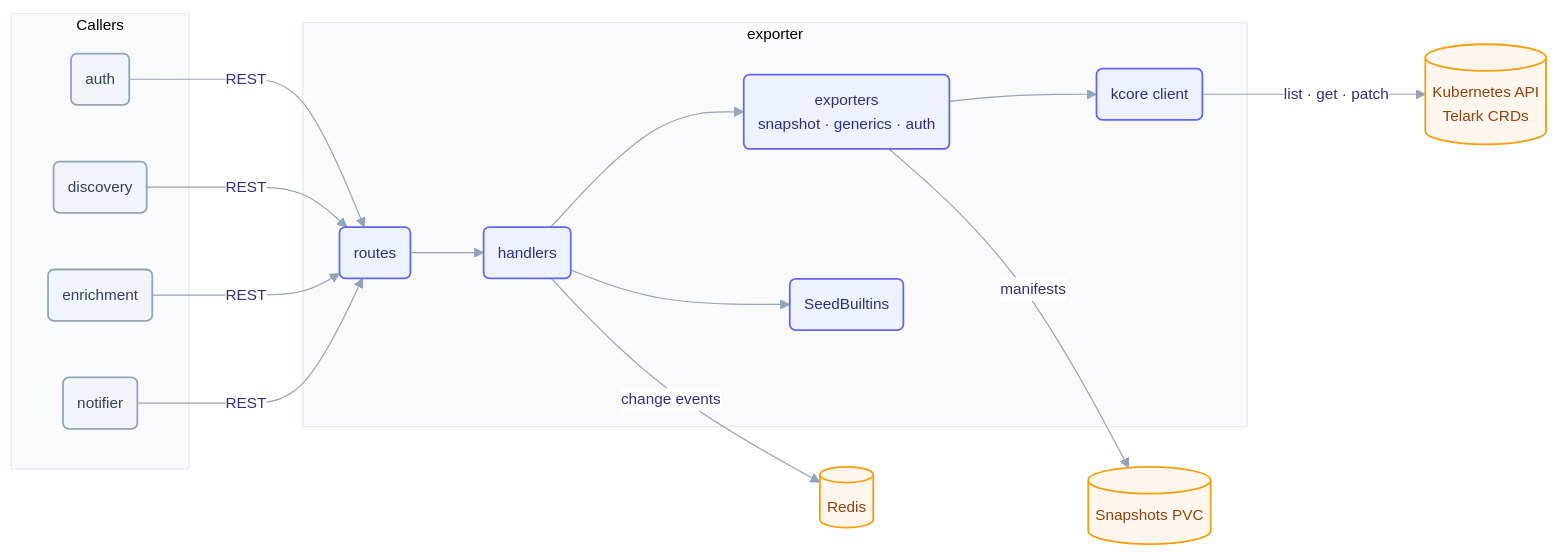
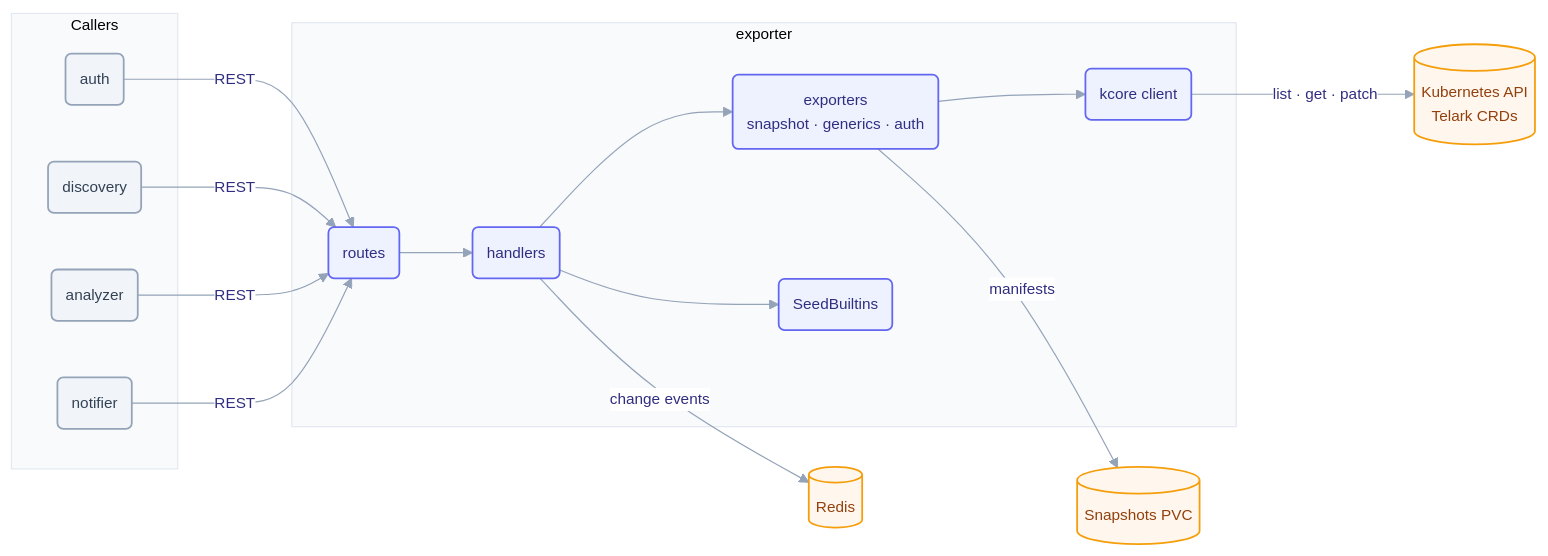
Before and after one commit to telark/telark: the diagram in services/exporter/README.md, drawn with Mermaid. The commit also changed other lines of this file and 777 other files, not shown here.

````diff
--- a/services/exporter/README.md
+++ b/services/exporter/README.md
@@ -10,33 +10,33 @@
 ```mermaid
 %%{init: {"theme":"base","themeVariables":{"fontFamily":"ui-sans-serif, system-ui, -apple-system, Segoe UI, Roboto, sans-serif","fontSize":"13px","lineColor":"#94a3b8","primaryColor":"#eef2ff","primaryBorderColor":"#6366f1","primaryTextColor":"#312e81","edgeLabelBackground":"#ffffff","clusterBkg":"#f8fafc","clusterBorder":"#e2e8f0"},"flowchart":{"curve":"basis","htmlLabels":true,"nodeSpacing":48,"rankSpacing":62,"padding":12}}}%%
 flowchart LR
   subgraph peers["Callers"]
     AUTH(auth)
     DISC(discovery)
-    ENR(enrichment)
+    ANA(analyzer)
     NTF(notifier)
   end
 
   subgraph exporter["exporter"]
     RT(routes) --> H(handlers)
     H --> EX("exporters<br/>snapshot · generics · auth")
     H --> SEED(SeedBuiltins)
     EX --> KC(kcore client)
   end
 
   K8S[("Kubernetes API<br/>Telark CRDs")]
   PVC[("Snapshots PVC")]
   REDIS[("Redis")]
 
-  AUTH & DISC & ENR & NTF -->|REST| RT
+  AUTH & DISC & ANA & NTF -->|REST| RT
   KC -->|list · get · patch| K8S
   EX -->|manifests| PVC
   H -->|change events| REDIS
 
   classDef svc fill:#eef2ff,stroke:#6366f1,stroke-width:1.5px,color:#312e81;
   classDef store fill:#fff7ed,stroke:#f59e0b,stroke-width:1.5px,color:#92400e;
   classDef peer fill:#f1f5f9,stroke:#94a3b8,stroke-width:1.5px,color:#334155;
   class RT,H,EX,SEED,KC svc;
   class K8S,PVC,REDIS store;
-  class AUTH,DISC,ENR,NTF peer;
+  class AUTH,DISC,ANA,NTF peer;
 ```
````
